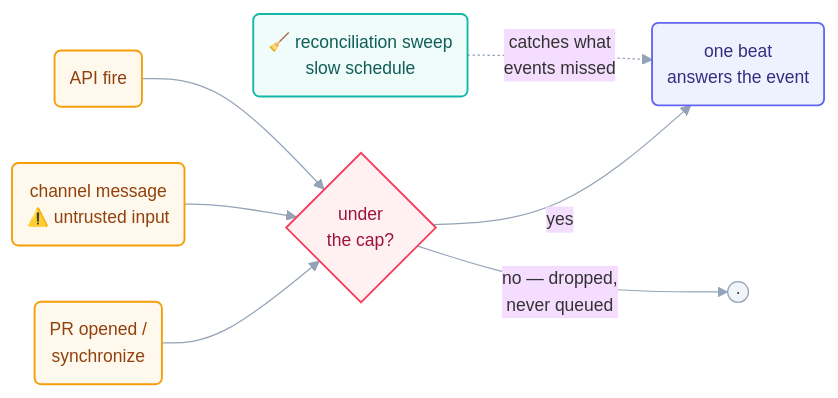
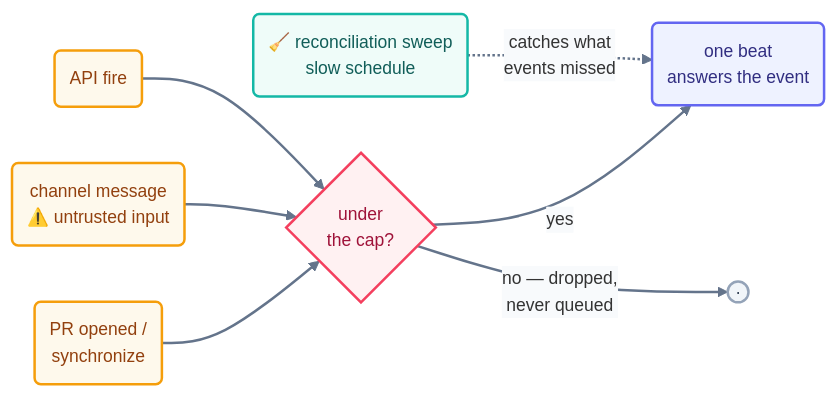
Before and after one commit to ayeshakhalid192007-dev/LoopEngineering-CrashCourse: the diagram in docs/04-part-2-heartbeat/07-event-driven.md, drawn with Mermaid. The commit also changed 66 other files, not shown here.

First line of the commit message:
docs(diagrams): bolden and unify all 70 mermaid diagrams

````diff
--- a/docs/04-part-2-heartbeat/07-event-driven.md
+++ b/docs/04-part-2-heartbeat/07-event-driven.md
@@ -32,15 +32,16 @@
 ```mermaid
-%%{init: {'theme':'base','themeVariables':{'fontFamily':'ui-sans-serif, system-ui, sans-serif','fontSize':'14px','lineColor':'#94a3b8'},'flowchart':{'curve':'basis','nodeSpacing':45,'rankSpacing':55,'padding':12}}}%%
+%%{init: {'theme':'base','themeVariables':{'fontFamily':'ui-sans-serif, system-ui, sans-serif','fontSize':'14px','lineColor':'#64748b','edgeLabelBackground':'#f8fafc'},'flowchart':{'curve':'basis','nodeSpacing':45,'rankSpacing':55,'padding':12}}}%%
 flowchart LR
     E1("PR opened /<br/>synchronize"):::time --> G{"under<br/>the cap?"}:::limit
     E2("channel message<br/>⚠️ untrusted input"):::time --> G
     E3("API fire"):::time --> G
     G -->|yes| B("one beat<br/>answers the event"):::beat
     G -->|"no — dropped,<br/>never queued"| X(("·")):::ghost
     SW("🧹 reconciliation sweep<br/>slow schedule"):::check -.->|"catches what<br/>events missed"| B
-    classDef time fill:#fef9ec,stroke:#f59e0b,stroke-width:1.5px,color:#92400e;
-    classDef beat fill:#eef2ff,stroke:#6366f1,stroke-width:1.5px,color:#312e81;
-    classDef limit fill:#fff1f2,stroke:#f43f5e,stroke-width:1.5px,color:#9f1239;
-    classDef check fill:#effcf9,stroke:#14b8a6,stroke-width:1.5px,color:#115e59;
-    classDef ghost fill:#f1f5f9,stroke:#94a3b8,color:#334155;
+    linkStyle default stroke:#64748b,stroke-width:2px;
+    classDef time fill:#fef9ec,stroke:#f59e0b,stroke-width:2px,color:#92400e;
+    classDef beat fill:#eef2ff,stroke:#6366f1,stroke-width:2px,color:#312e81;
+    classDef limit fill:#fff1f2,stroke:#f43f5e,stroke-width:2px,color:#9f1239;
+    classDef check fill:#effcf9,stroke:#14b8a6,stroke-width:2px,color:#115e59;
+    classDef ghost fill:#f1f5f9,stroke:#94a3b8,stroke-width:2px,color:#334155;
 ```
````
